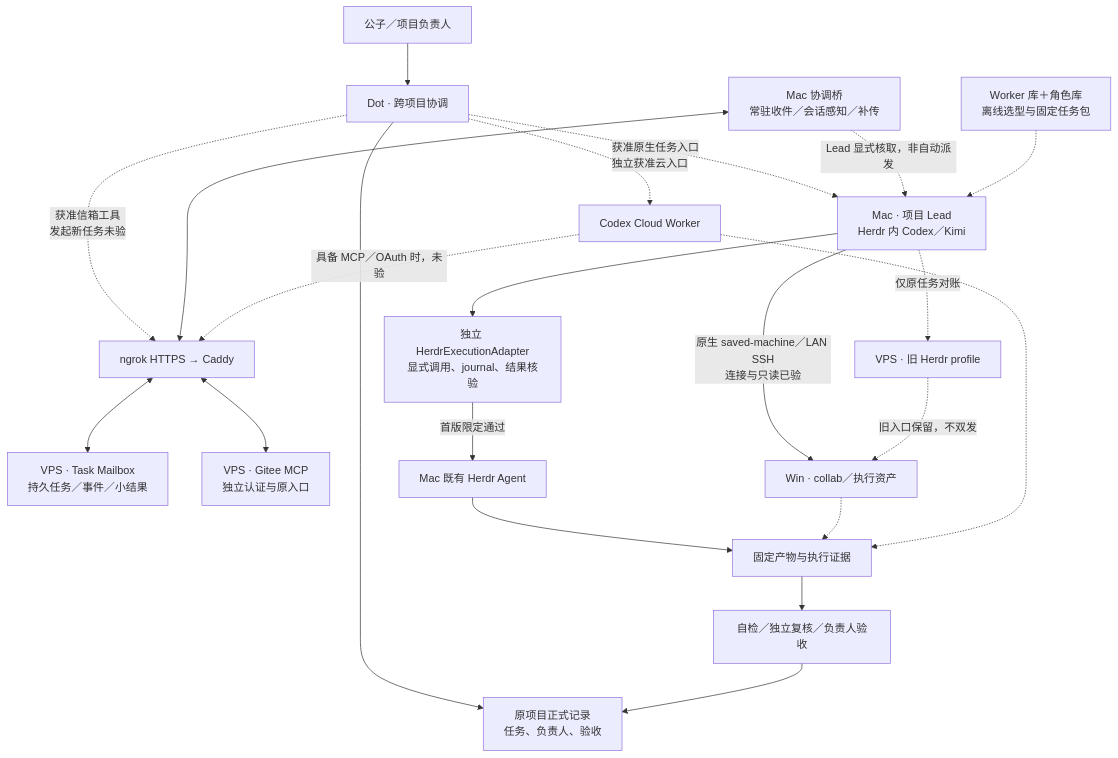
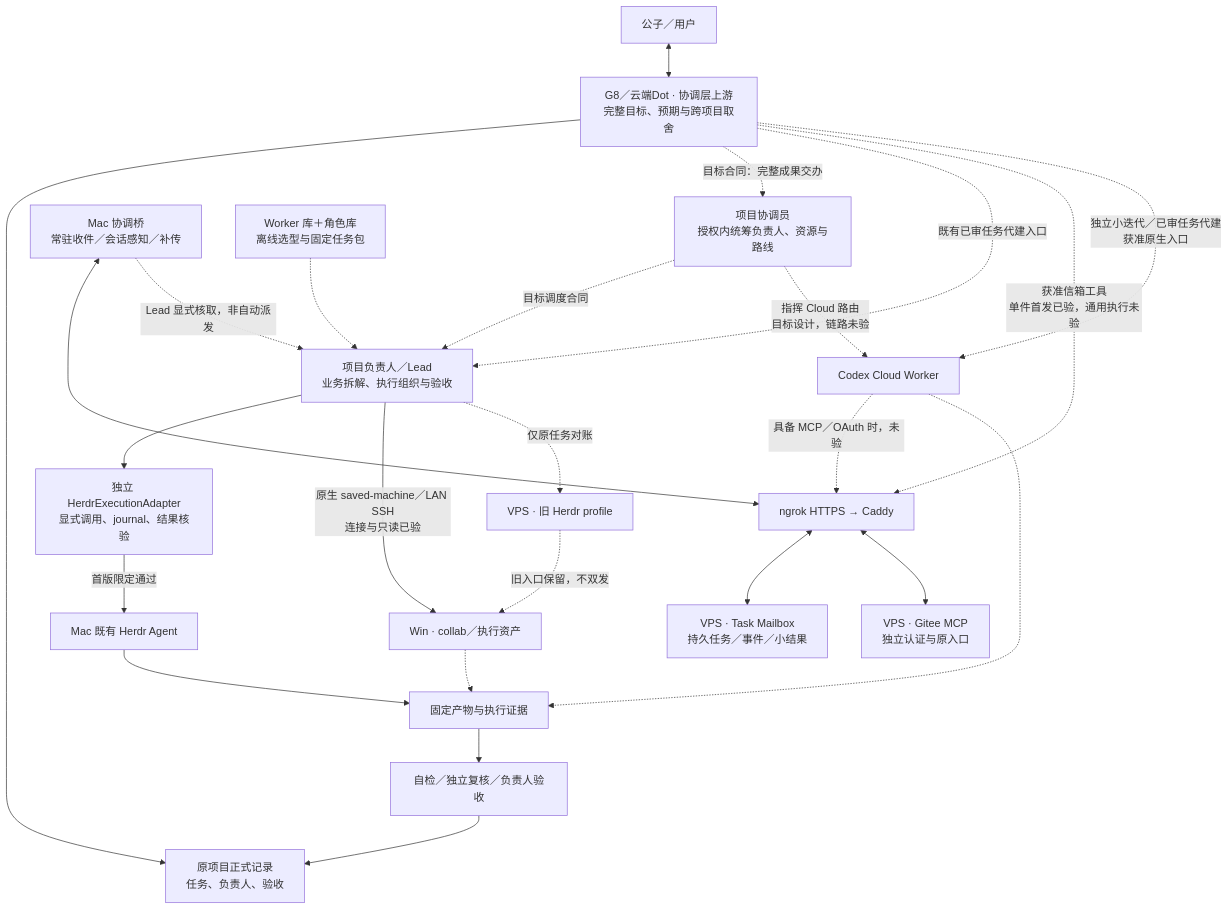
The diagram in docs/architecture.md (CF-FE/herdr-4-codexcloud), drawn with Mermaid before and after one commit. The commit also changed other lines of this file and 13 other files, not shown here.

````diff
--- a/docs/architecture.md
+++ b/docs/architecture.md
@@ -41,24 +41,27 @@
 ```mermaid
 flowchart TD
-    U["公子／项目负责人"] --> D["Dot · 跨项目协调"]
+    U["公子／用户"] <--> D["G8／云端Dot · 协调层上游<br/>完整目标、预期与跨项目取舍"]
     D --> R["原项目正式记录<br/>任务、负责人、验收"]
-    D -.->|"获准原生任务入口"| L["Mac · 项目 Lead<br/>Herdr 内 Codex／Kimi"]
-    D -.->|"获准信箱工具<br/>发起新任务未验"| HTTPS["ngrok HTTPS → Caddy"]
+    D -.->|"目标合同：完整成果交办"| CO["项目协调员<br/>授权内统筹负责人、资源与路线"]
+    CO -.->|"目标调度合同"| L["项目负责人／Lead<br/>业务拆解、执行组织与验收"]
+    D -.->|"既有已审任务代建入口"| L
+    D -.->|"获准信箱工具<br/>单件首发已验，通用执行未验"| HTTPS["ngrok HTTPS → Caddy"]
     HTTPS <--> MB["VPS · Task Mailbox<br/>持久任务／事件／小结果"]
     HTTPS <--> GT["VPS · Gitee MCP<br/>独立认证与原入口"]
     B["Mac 协调桥<br/>常驻收件／会话感知／补传"] <--> HTTPS
     B -.->|"Lead 显式核取，非自动派发"| L
     K["Worker 库＋角色库<br/>离线选型与固定任务包"] -.-> L
     L --> E["独立 HerdrExecutionAdapter<br/>显式调用、journal、结果核验"]
     E -->|"首版限定通过"| A["Mac 既有 Herdr Agent"]
     L -->|"原生 saved-machine／LAN SSH<br/>连接与只读已验"| W["Win · collab／执行资产"]
     L -.->|"仅原任务对账"| V["VPS · 旧 Herdr profile"]
     V -.->|"旧入口保留，不双发"| W
-    D -.->|"独立获准云入口"| C["Codex Cloud Worker"]
+    D -.->|"独立小迭代／已审任务代建<br/>获准原生入口"| C["Codex Cloud Worker"]
+    CO -.->|"指挥 Cloud 路由<br/>目标设计，链路未验"| C
     C -.->|"具备 MCP／OAuth 时，未验"| HTTPS
     A --> F["固定产物与执行证据"]
     W -.-> F
     C -.-> F
     F --> Q["自检／独立复核／负责人验收"]
     Q --> R
 ```
````
